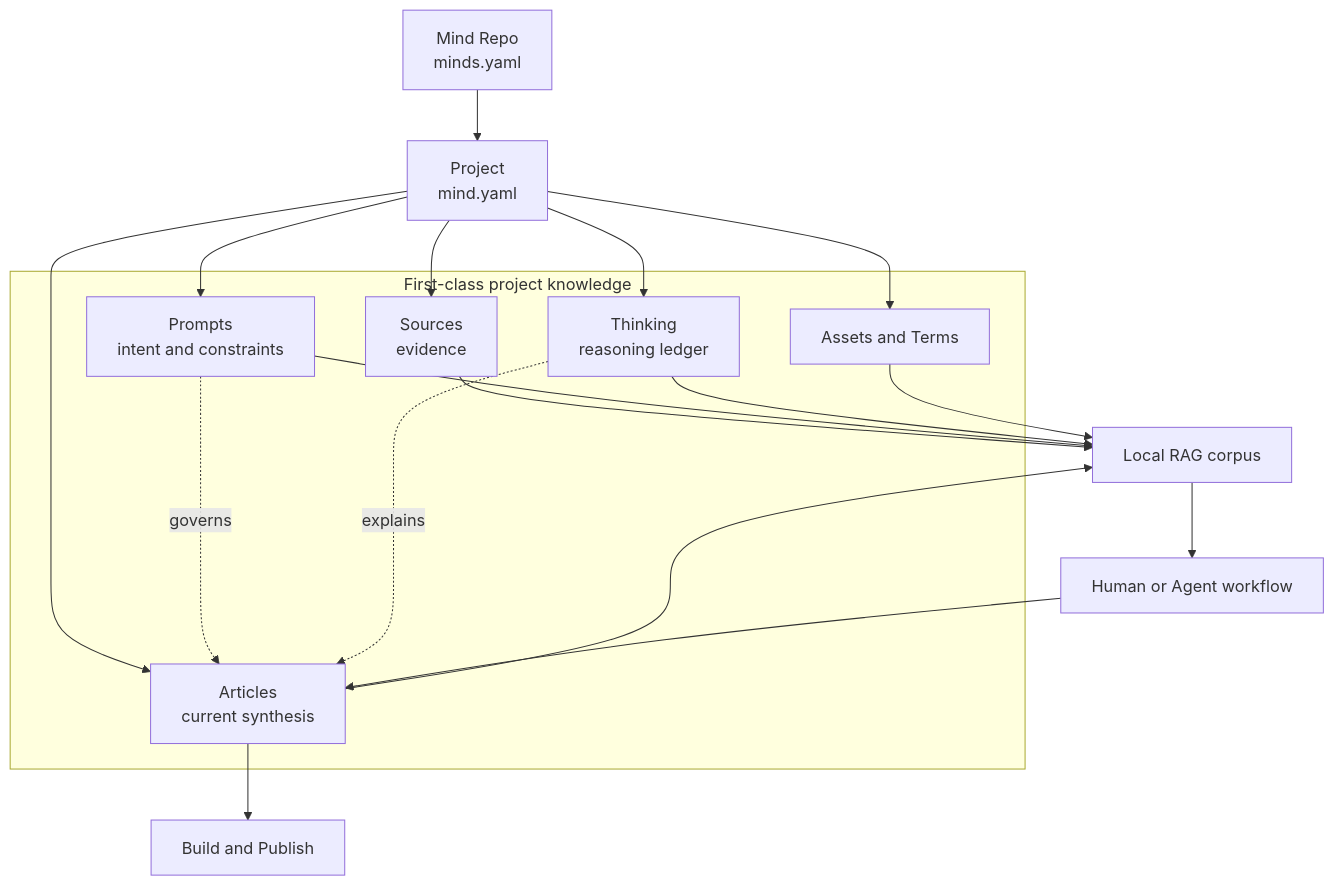
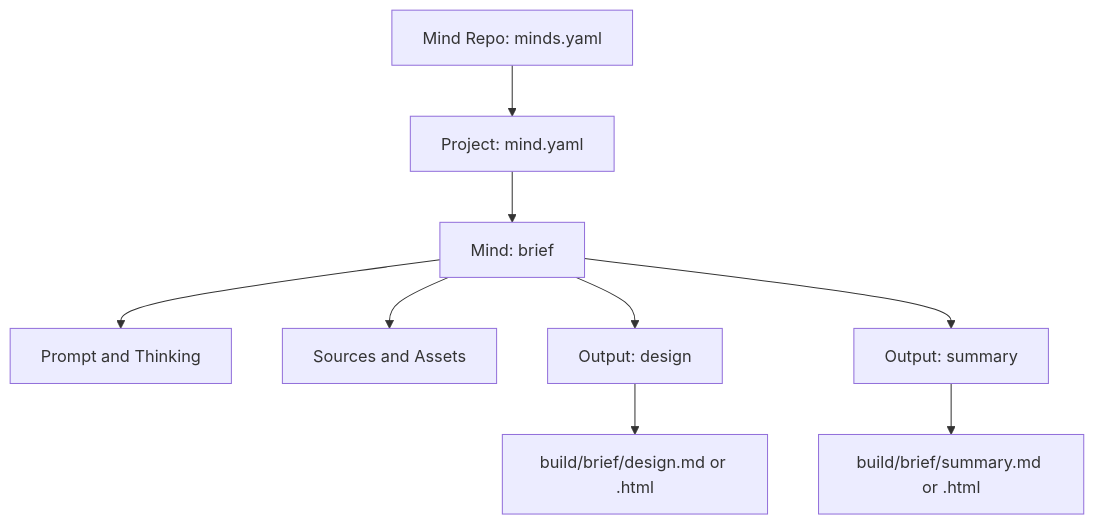
One commit to alswl/mind-forge changed the third of 9 diagrams in README.md. Above: the diagram before and after it, drawn with Mermaid. The commit also changed other lines of this file and 96 other files, not shown here.

First line of the commit message:
feat(mind): add output workflows and recoverable content lifecycle (#10)

````diff
--- a/README.md
+++ b/README.md
@@ -167,30 +158,11 @@
 ```mermaid
 flowchart TD
-  Repo[Mind Repo<br/>minds.yaml]
-  Repo --> Project[Project<br/>mind.yaml]
-
-  subgraph Knowledge[First-class project knowledge]
-    Sources[Sources<br/>evidence]
-    Prompts[Prompts<br/>intent and constraints]
-    Thinking[Thinking<br/>reasoning ledger]
-    Articles[Articles<br/>current synthesis]
-    Support[Assets and Terms]
-  end
-
-  Project --> Sources
-  Project --> Prompts
-  Project --> Thinking
-  Project --> Articles
-  Project --> Support
-
-  Prompts -. governs .-> Articles
-  Thinking -. explains .-> Articles
-  Sources --> RAG[Local RAG corpus]
-  Prompts --> RAG
-  Thinking --> RAG
-  Articles --> RAG
-  Support --> RAG
-  RAG --> Work[Human or Agent workflow]
-  Work --> Articles
-  Articles --> Build[Build and Publish]
+  Repo[Mind Repo: minds.yaml] --> Project[Project: mind.yaml]
+  Project --> Mind[Mind: brief]
+  Mind --> Intent[Prompt and Thinking]
+  Mind --> Materials[Sources and Assets]
+  Mind --> O1[Output: design]
+  Mind --> O2[Output: summary]
+  O1 --> B1[build/brief/design.md or .html]
+  O2 --> B2[build/brief/summary.md or .html]
 ```
````
